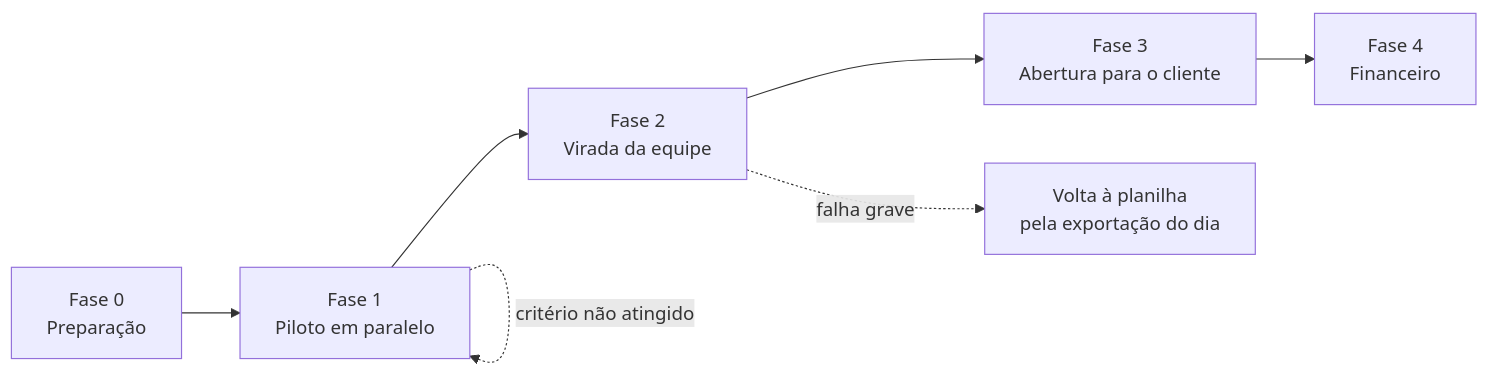
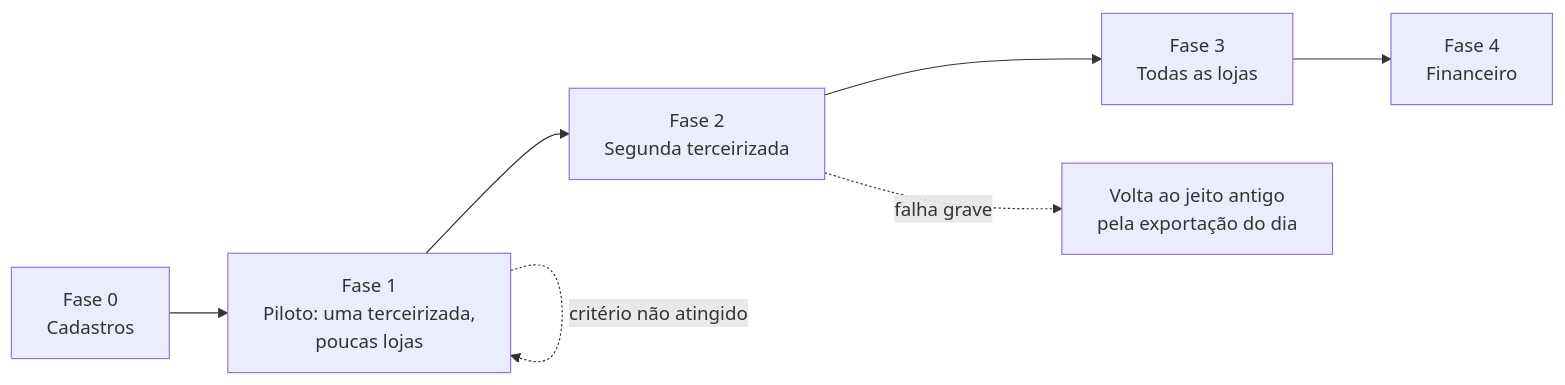
One commit to dudarmouras/seal-requisitos changed the diagram in docs/00-visao-geral/adocao-gradual.md. Above: the diagram before and after it, drawn with Mermaid. The commit also changed other lines of this file and 12 other files, not shown here.

````diff
--- a/docs/00-visao-geral/adocao-gradual.md
+++ b/docs/00-visao-geral/adocao-gradual.md
@@ -23,9 +24,9 @@
 ```mermaid
 flowchart LR
-  F0["Fase 0<br/>Preparação"] --> F1["Fase 1<br/>Piloto em paralelo"]
-  F1 --> F2["Fase 2<br/>Virada da equipe"]
-  F2 --> F3["Fase 3<br/>Abertura para o cliente"]
+  F0["Fase 0<br/>Cadastros"] --> F1["Fase 1<br/>Piloto: uma terceirizada,<br/>poucas lojas"]
+  F1 --> F2["Fase 2<br/>Segunda terceirizada"]
+  F2 --> F3["Fase 3<br/>Todas as lojas"]
   F3 --> F4["Fase 4<br/>Financeiro"]
   F1 -. critério não atingido .-> F1
-  F2 -. falha grave .-> V["Volta à planilha<br/>pela exportação do dia"]
+  F2 -. falha grave .-> V["Volta ao jeito antigo<br/>pela exportação do dia"]
 ```
````
